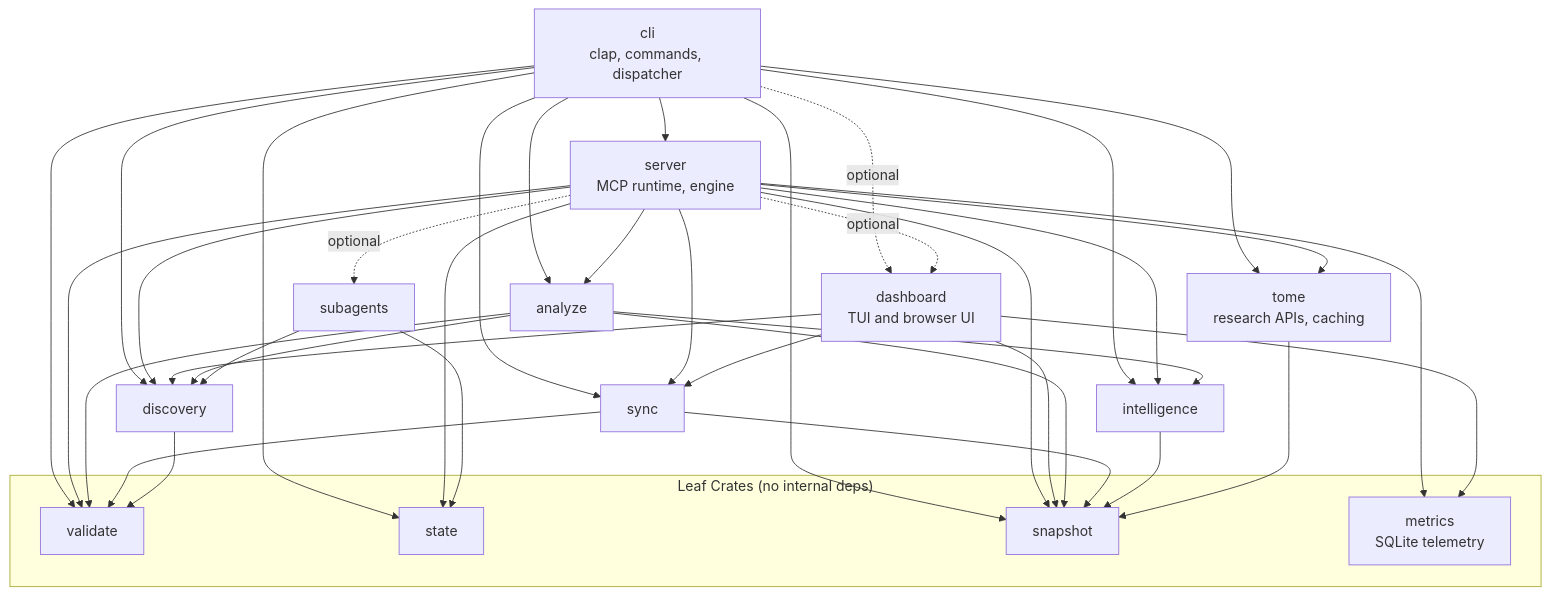
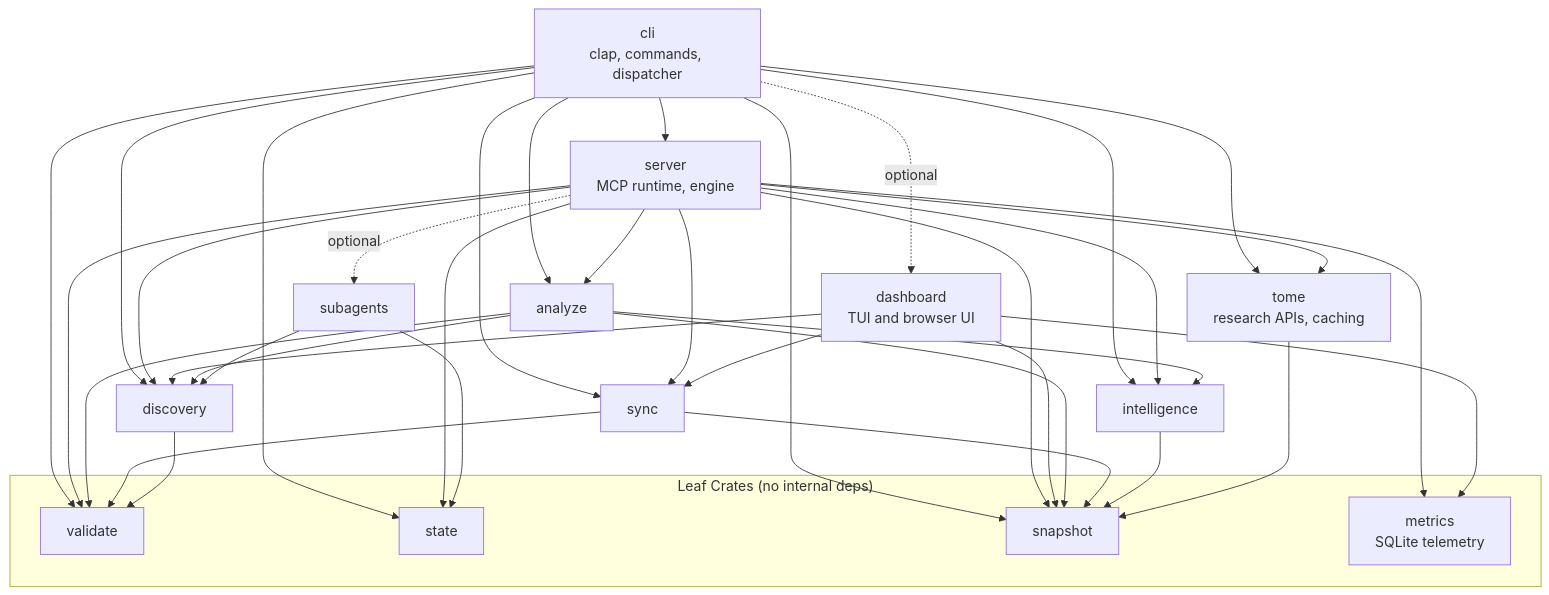
The second of 2 diagrams in docs/architecture.md (athola/skrills), drawn with Mermaid before and after one commit.

Commit message:
docs(architecture): drop the server-to-dashboard runtime edge
ff4290b moved skrills-dashboard to the server's dev-dependencies, so the
diagram's optional server -> dashboard edge no longer exists at runtime;
only the CLI depends on the dashboard.

````diff
--- a/docs/architecture.md
+++ b/docs/architecture.md
@@ -25,31 +25,30 @@
 ```mermaid
 graph TD
     cli[cli<br/>clap, commands, dispatcher] --> server[server<br/>MCP runtime, engine]
     cli --> sync & validate & analyze & intelligence
     cli --> tome & discovery & state & snapshot
-    cli -. optional .-> dashboard
+    cli -. optional .-> dashboard[dashboard<br/>TUI and browser UI]
     server --> sync[sync]
     server --> validate[validate]
     server --> analyze[analyze]
     server --> intelligence[intelligence]
     server --> discovery[discovery]
     server --> metrics[metrics<br/>SQLite telemetry]
     server --> tome[tome<br/>research APIs, caching]
     server --> state & snapshot
     server -. optional .-> subagents[subagents]
-    server -. optional .-> dashboard[dashboard<br/>TUI and browser UI]
     dashboard --> metrics & discovery & sync & snapshot
     analyze --> validate & discovery & intelligence & snapshot
     sync --> validate & snapshot
     discovery --> validate
     subagents --> discovery & state
     intelligence --> snapshot
     tome --> snapshot
 
     subgraph leaf["Leaf Crates (no internal deps)"]
         validate
         state[state]
         metrics
         snapshot[snapshot]
     end
 ```
````
